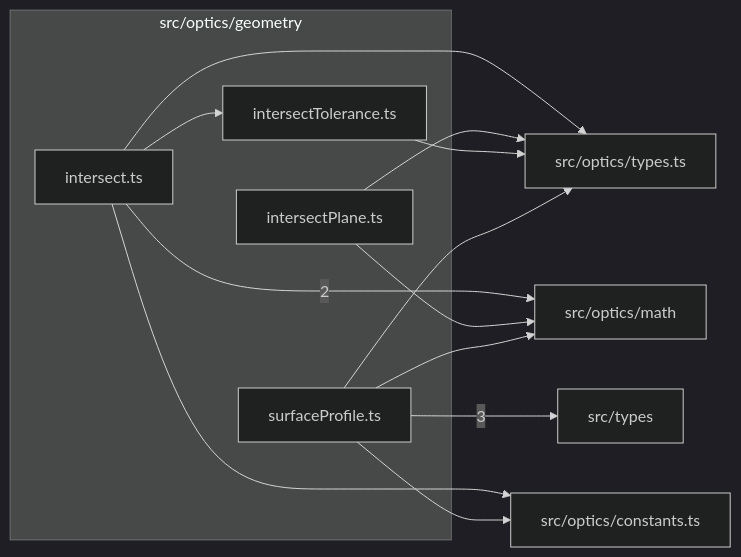
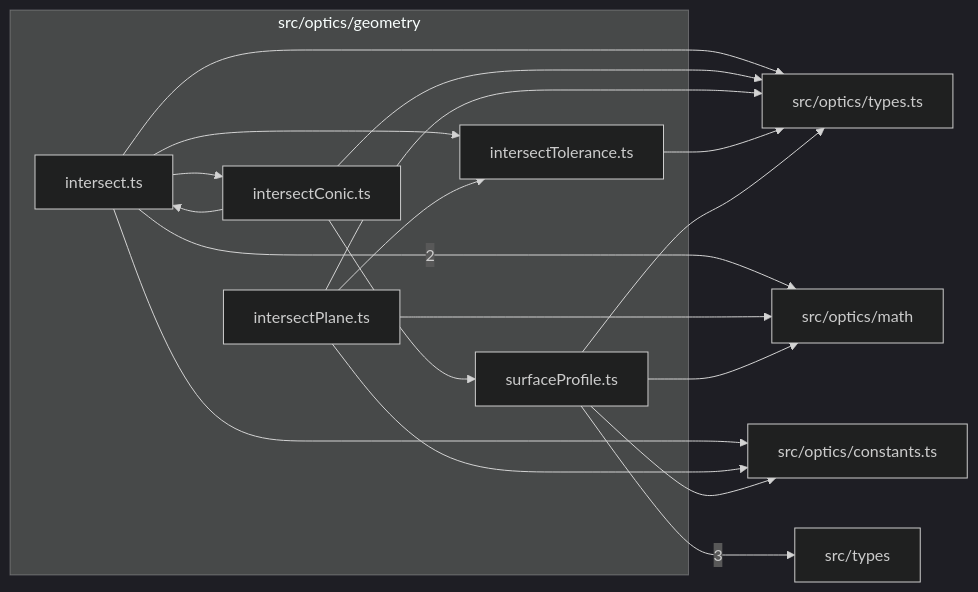
Before and after one commit to ronbuening/LensVisualizer: the diagram in src/optics/geometry/readme.md, drawn with Mermaid (dark theme). The commit also changed other lines of this file and 5 other files, not shown here.

````diff
--- a/src/optics/geometry/readme.md
+++ b/src/optics/geometry/readme.md
@@ -9,24 +9,31 @@
 ```mermaid
 flowchart LR
   subgraph n_src_optics_geometry["src/optics/geometry"]
     n_src_optics_geometry_src_optics_geometry_intersect_ts["intersect.ts"]
+    n_src_optics_geometry_src_optics_geometry_intersectConic_ts["intersectConic.ts"]
     n_src_optics_geometry_src_optics_geometry_intersectPlane_ts["intersectPlane.ts"]
     n_src_optics_geometry_src_optics_geometry_intersectTolerance_ts["intersectTolerance.ts"]
     n_src_optics_geometry_src_optics_geometry_surfaceProfile_ts["surfaceProfile.ts"]
   end
   n_external_src_types["src/types"]
   n_external_src_optics_math["src/optics/math"]
   n_external_src_optics_constants_ts["src/optics/constants.ts"]
   n_external_src_optics_types_ts["src/optics/types.ts"]
   n_src_optics_geometry_src_optics_geometry_surfaceProfile_ts --> |3| n_external_src_types
   n_src_optics_geometry_src_optics_geometry_intersect_ts --> |2| n_external_src_optics_math
   n_src_optics_geometry_src_optics_geometry_intersect_ts --> n_external_src_optics_constants_ts
+  n_src_optics_geometry_src_optics_geometry_intersectPlane_ts --> n_external_src_optics_constants_ts
   n_src_optics_geometry_src_optics_geometry_surfaceProfile_ts --> n_external_src_optics_constants_ts
   n_src_optics_geometry_src_optics_geometry_intersectPlane_ts --> n_external_src_optics_math
   n_src_optics_geometry_src_optics_geometry_surfaceProfile_ts --> n_external_src_optics_math
   n_src_optics_geometry_src_optics_geometry_intersect_ts --> n_external_src_optics_types_ts
+  n_src_optics_geometry_src_optics_geometry_intersectConic_ts --> n_external_src_optics_types_ts
   n_src_optics_geometry_src_optics_geometry_intersectPlane_ts --> n_external_src_optics_types_ts
   n_src_optics_geometry_src_optics_geometry_intersectTolerance_ts --> n_external_src_optics_types_ts
   n_src_optics_geometry_src_optics_geometry_surfaceProfile_ts --> n_external_src_optics_types_ts
+  n_src_optics_geometry_src_optics_geometry_intersectConic_ts --> n_src_optics_geometry_src_optics_geometry_intersect_ts
+  n_src_optics_geometry_src_optics_geometry_intersect_ts --> n_src_optics_geometry_src_optics_geometry_intersectConic_ts
   n_src_optics_geometry_src_optics_geometry_intersect_ts --> n_src_optics_geometry_src_optics_geometry_intersectTolerance_ts
+  n_src_optics_geometry_src_optics_geometry_intersectPlane_ts --> n_src_optics_geometry_src_optics_geometry_intersectTolerance_ts
+  n_src_optics_geometry_src_optics_geometry_intersectConic_ts --> n_src_optics_geometry_src_optics_geometry_surfaceProfile_ts
 ```
````
